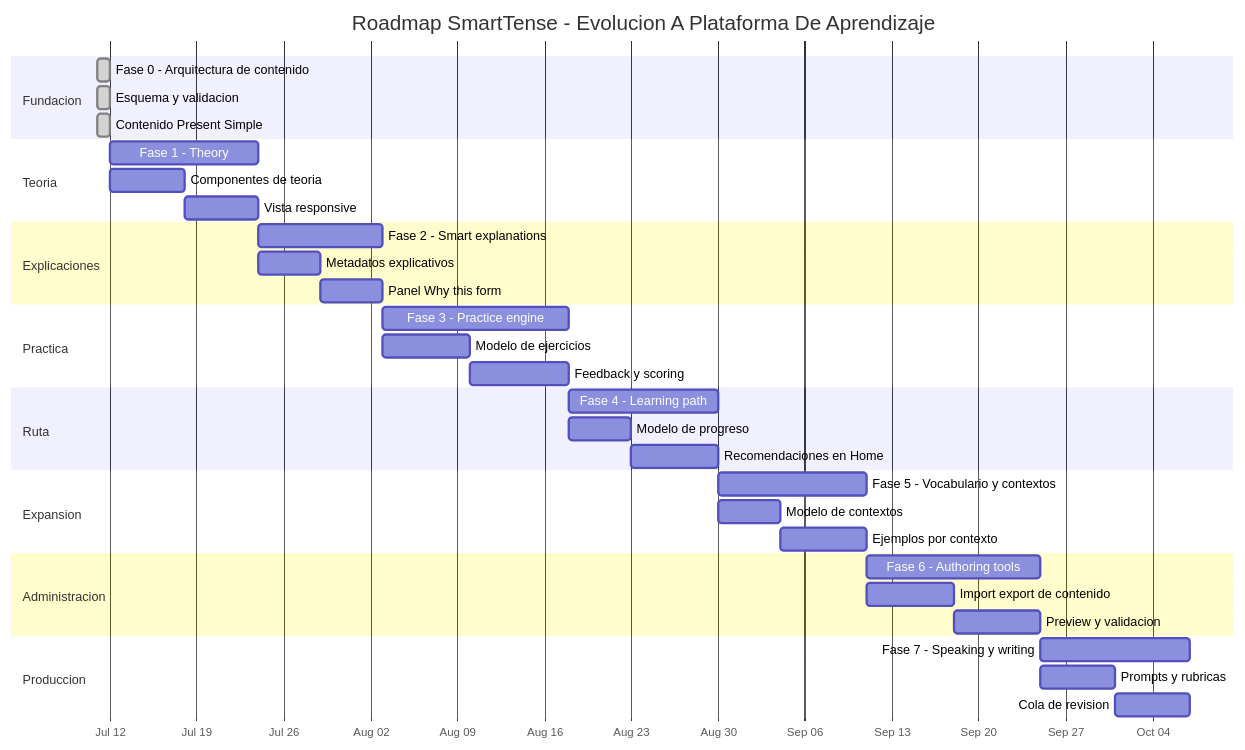
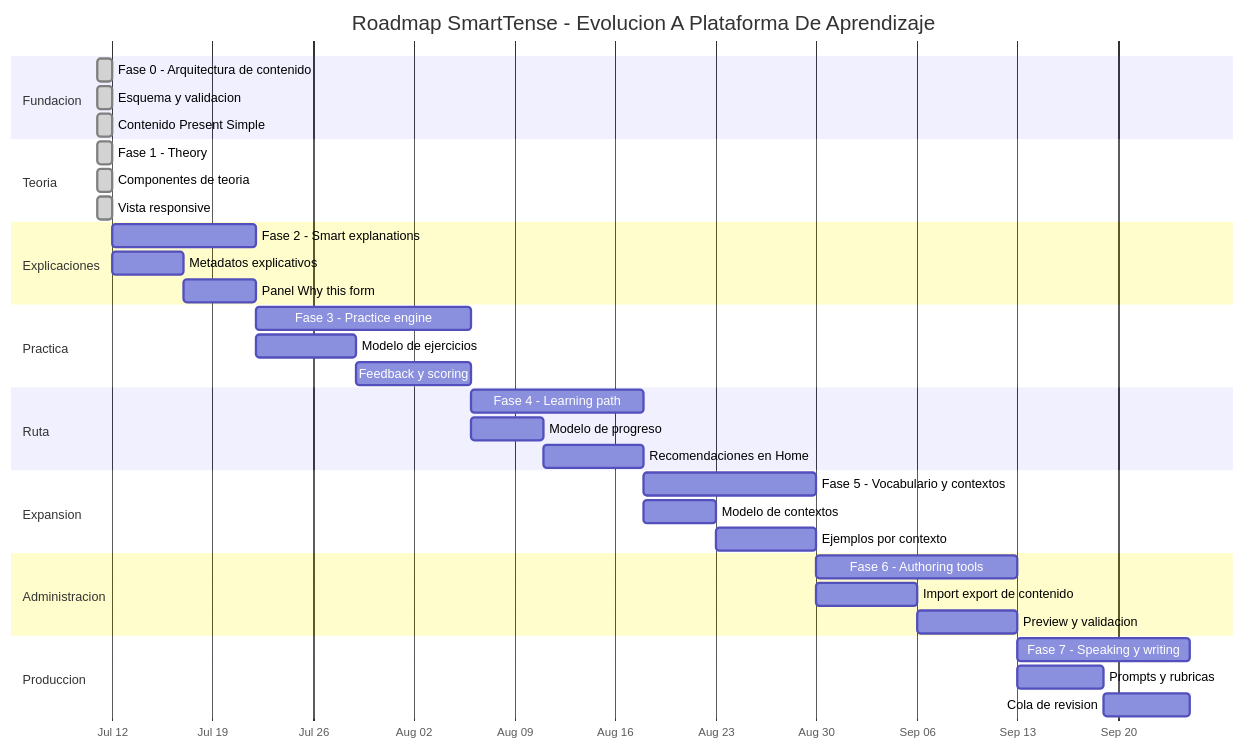
One commit to dafermen/SmartTense changed the diagram in docs/PROJECT_PHASE_ROADMAP.md. Above: the diagram before and after it, drawn with Mermaid. The commit also changed other lines of this file and 9 other files, not shown here.

````diff
--- a/docs/PROJECT_PHASE_ROADMAP.md
+++ b/docs/PROJECT_PHASE_ROADMAP.md
@@ -212,46 +216,46 @@
 ```mermaid
 gantt
     title Roadmap SmartTense - Evolucion A Plataforma De Aprendizaje
     dateFormat  YYYY-MM-DD
     axisFormat  %b %d
 
     section Fundacion
     Fase 0 - Arquitectura de contenido      :done, p0, 2026-07-11, 1d
     Esquema y validacion                    :done, p0a, 2026-07-11, 1d
     Contenido Present Simple                :done, p0b, 2026-07-11, 1d
 
     section Teoria
-    Fase 1 - Theory                         :p1, 2026-07-12, 12d
-    Componentes de teoria                   :p1a, 2026-07-12, 6d
-    Vista responsive                        :p1b, after p1a, 6d
+    Fase 1 - Theory                         :done, p1, 2026-07-11, 1d
+    Componentes de teoria                   :done, p1a, 2026-07-11, 1d
+    Vista responsive                        :done, p1b, 2026-07-11, 1d
 
     section Explicaciones
-    Fase 2 - Smart explanations             :p2, after p1, 10d
-    Metadatos explicativos                  :p2a, after p1, 5d
+    Fase 2 - Smart explanations             :p2, 2026-07-12, 10d
+    Metadatos explicativos                  :p2a, 2026-07-12, 5d
     Panel Why this form                     :p2b, after p2a, 5d
 
     section Practica
     Fase 3 - Practice engine                :p3, after p2, 15d
     Modelo de ejercicios                    :p3a, after p2, 7d
     Feedback y scoring                      :p3b, after p3a, 8d
 
     section Ruta
     Fase 4 - Learning path                  :p4, after p3, 12d
     Modelo de progreso                      :p4a, after p3, 5d
     Recomendaciones en Home                 :p4b, after p4a, 7d
 
     section Expansion
     Fase 5 - Vocabulario y contextos        :p5, after p4, 12d
     Modelo de contextos                     :p5a, after p4, 5d
     Ejemplos por contexto                   :p5b, after p5a, 7d
 
     section Administracion
     Fase 6 - Authoring tools                :p6, after p5, 14d
     Import export de contenido              :p6a, after p5, 7d
     Preview y validacion                    :p6b, after p6a, 7d
 
     section Produccion
     Fase 7 - Speaking y writing             :p7, after p6, 12d
     Prompts y rubricas                      :p7a, after p6, 6d
     Cola de revision                        :p7b, after p7a, 6d
 ```
````
